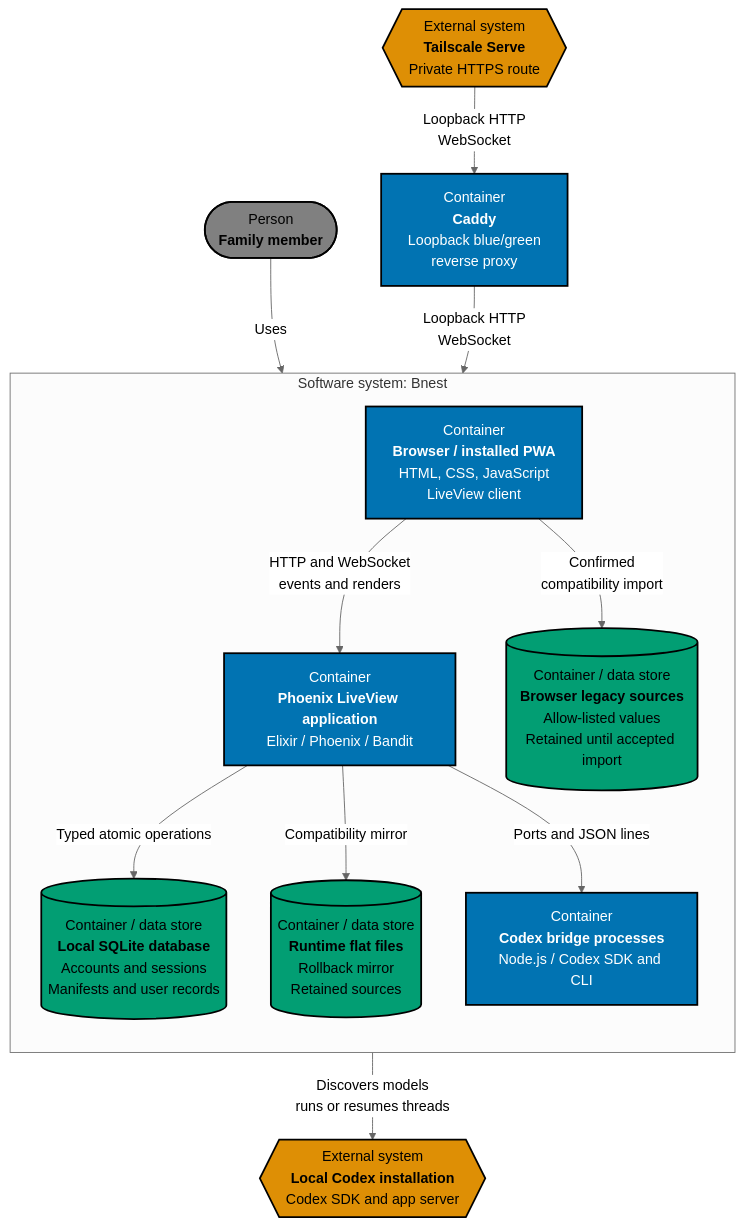
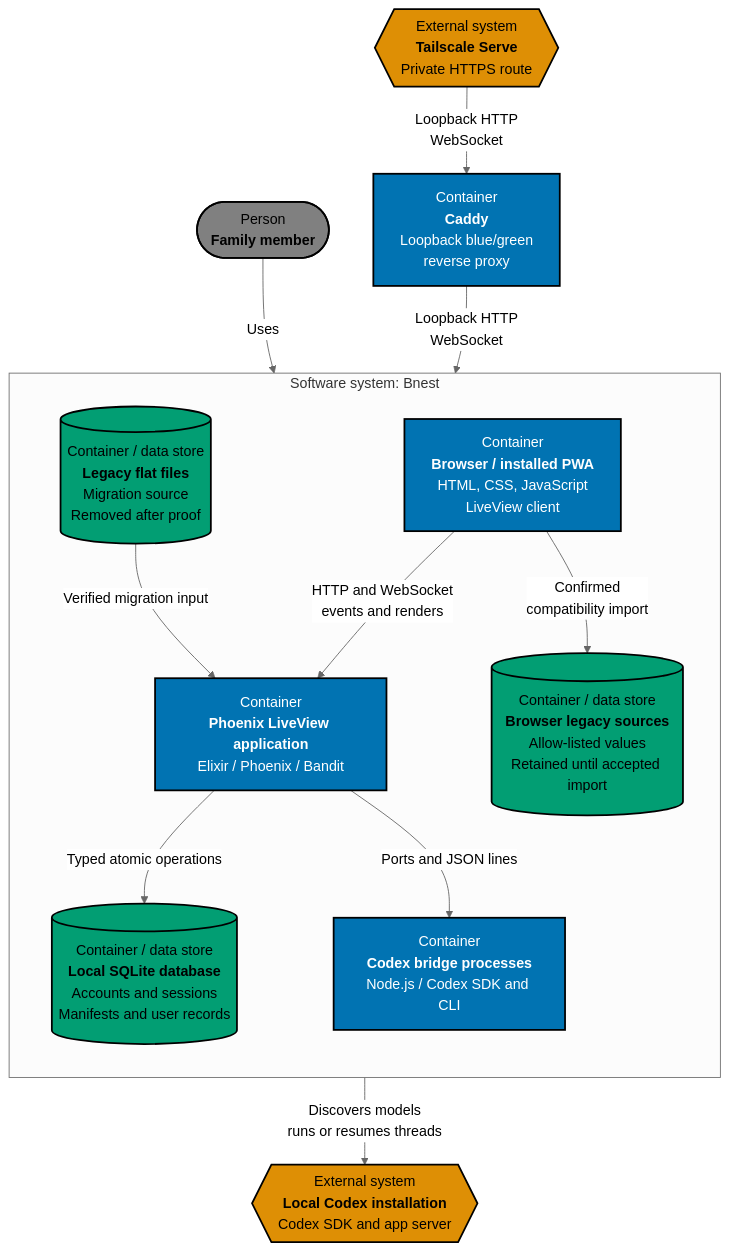
Before and after one commit to wahidyankf/beaver-nest: the second of 5 diagrams in specs/apps/bnest/app/architecture.md, drawn with Mermaid (neutral theme). The commit also changed other lines of this file and 41 other files, not shown here.

````diff
--- a/specs/apps/bnest/app/architecture.md
+++ b/specs/apps/bnest/app/architecture.md
@@ -35,39 +35,39 @@
 ```mermaid
 %% Accessible palette: blue #0173B2, orange #DE8F05, teal #029E73, gray #808080
 flowchart TB
     visitor(["Person<br/><b>Family member</b>"])
     tailscale{{"External system<br/><b>Tailscale Serve</b><br/>Private HTTPS route"}}
     caddy["Container<br/><b>Caddy</b><br/>Loopback blue/green<br/>reverse proxy"]
     codex{{"External system<br/><b>Local Codex installation</b><br/>Codex SDK and app server"}}
 
     subgraph bnest["Software system: Bnest"]
         direction TB
         browser["Container<br/><b>Browser / installed PWA</b><br/>HTML, CSS, JavaScript<br/>LiveView client"]
         legacy[("Container / data store<br/><b>Browser legacy sources</b><br/>Allow-listed values<br/>Retained until accepted import")]
         phoenix["Container<br/><b>Phoenix LiveView application</b><br/>Elixir / Phoenix / Bandit"]
         runtime[("Container / data store<br/><b>Local SQLite database</b><br/>Accounts and sessions<br/>Manifests and user records")]
-        mirror[("Container / data store<br/><b>Runtime flat files</b><br/>Rollback mirror<br/>Retained sources")]
+        legacy_runtime[("Container / data store<br/><b>Legacy flat files</b><br/>Migration source<br/>Removed after proof")]
         bridge["Container<br/><b>Codex bridge processes</b><br/>Node.js / Codex SDK and CLI"]
 
         browser -->|HTTP and WebSocket<br/>events and renders| phoenix
         browser -->|Confirmed<br/>compatibility import| legacy
         phoenix -->|Typed atomic operations| runtime
-        phoenix -->|Compatibility mirror| mirror
+        legacy_runtime -->|Verified migration input| phoenix
         phoenix -->|Ports and JSON lines| bridge
     end
 
     visitor -->|Uses| browser
     tailscale -->|Loopback HTTP<br/>WebSocket| caddy
     caddy -->|Loopback HTTP<br/>WebSocket| phoenix
     bridge -->|Discovers models<br/>runs or resumes threads| codex
 
     classDef person fill:#808080,stroke:#000000,color:#000000,stroke-width:2px
     classDef container fill:#0173B2,stroke:#000000,color:#FFFFFF,stroke-width:2px
     classDef data fill:#029E73,stroke:#000000,color:#000000,stroke-width:2px
     classDef external fill:#DE8F05,stroke:#000000,color:#000000,stroke-width:2px
     class visitor person
     class browser,phoenix,bridge container
-    class legacy,runtime,mirror data
+    class legacy,runtime,legacy_runtime data
     class tailscale,codex external
     class caddy container
 ```
````
